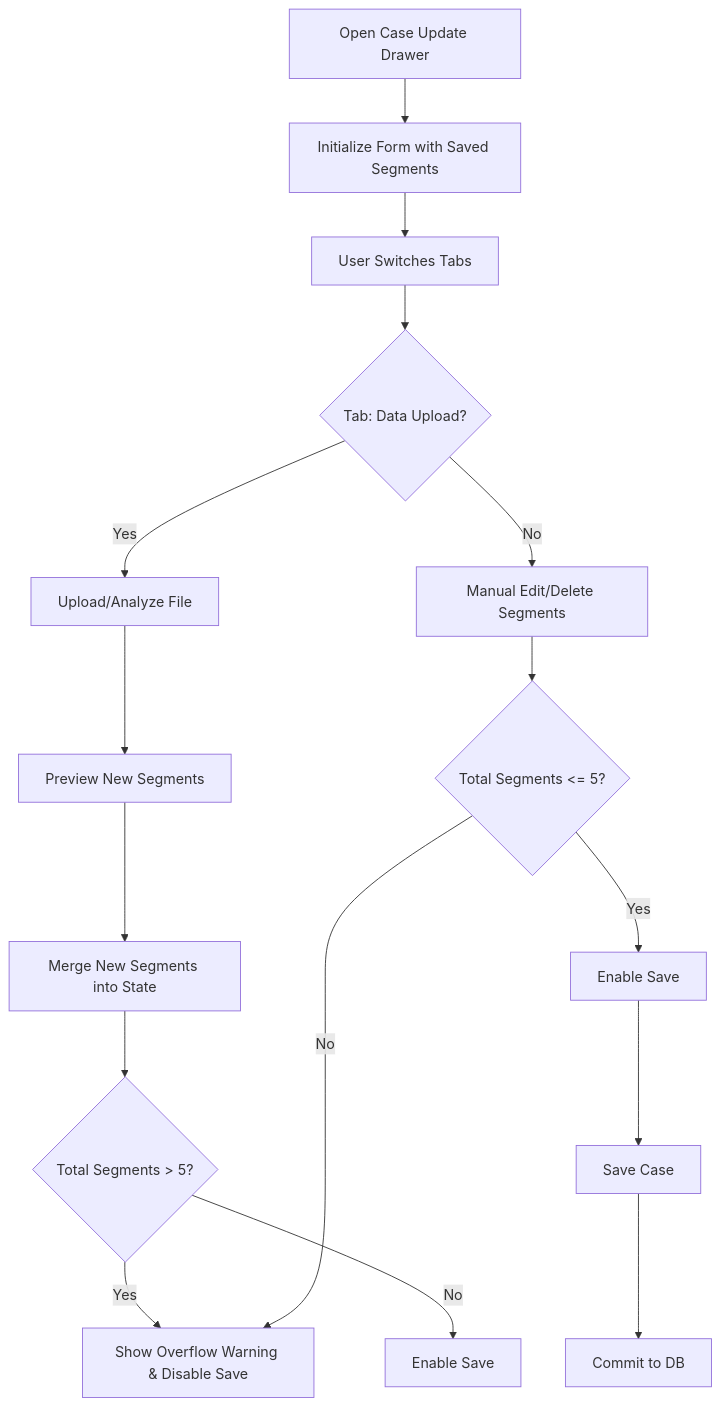
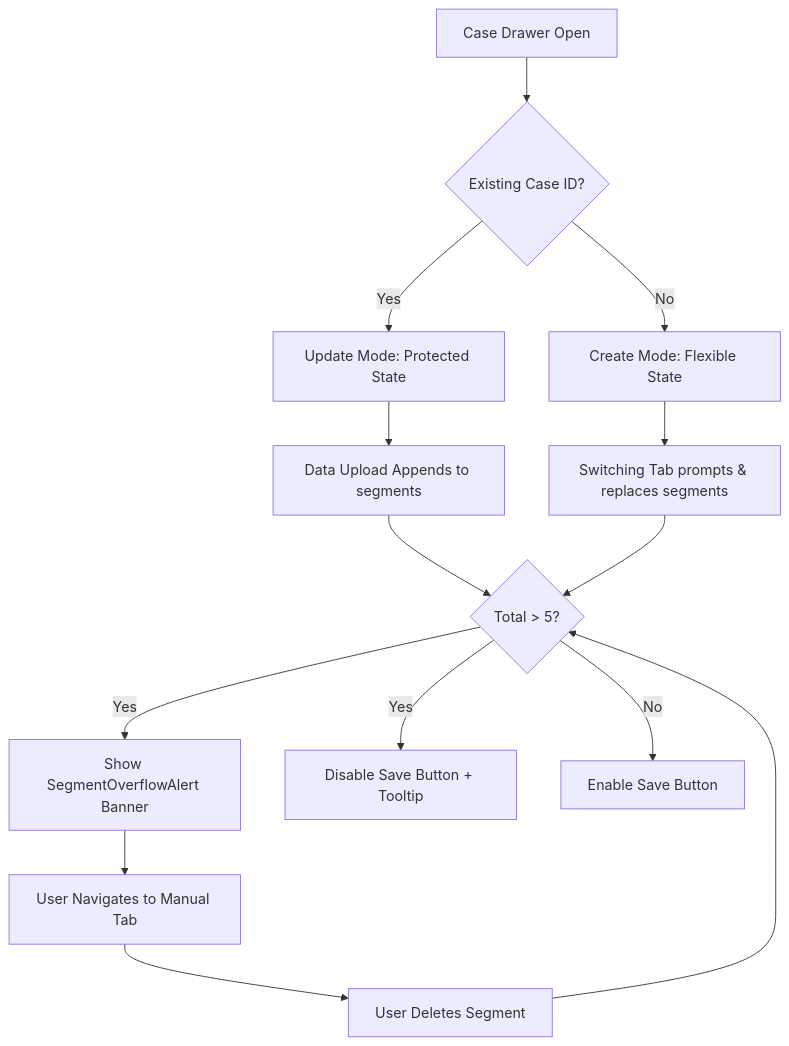
One commit to akvo/IDH-IDC changed the diagram in docs/SEGMENTATION_UPDATE_BEHAVIOR.md. Above: the diagram before and after it, drawn with Mermaid. The commit also changed other lines of this file and 2 other files, not shown here.

````diff
--- a/docs/SEGMENTATION_UPDATE_BEHAVIOR.md
+++ b/docs/SEGMENTATION_UPDATE_BEHAVIOR.md
@@ -26,18 +27,20 @@
 ```mermaid
 graph TD
-    A[Open Case Update Drawer] --> B[Initialize Form with Saved Segments]
-    B --> C[User Switches Tabs]
-    C --> D{Tab: Data Upload?}
-    D -->|Yes| E[Upload/Analyze File]
-    E --> F[Preview New Segments]
-    F --> G[Merge New Segments into State]
-    G --> H{Total Segments > 5?}
-    H -->|Yes| I[Show Overflow Warning & Disable Save]
-    H -->|No| J[Enable Save]
-    D -->|No| K[Manual Edit/Delete Segments]
-    K --> L{Total Segments <= 5?}
-    L -->|Yes| M[Enable Save]
-    L -->|No| I
-    M --> N[Save Case]
-    N --> O[Commit to DB]
+    A[Case Drawer Open] --> B{Existing Case ID?}
+    B -->|Yes| C[Update Mode: Protected State]
+    B -->|No| D[Create Mode: Flexible State]
+
+    C --> E[Data Upload Appends to segments]
+    D --> E2[Switching Tab prompts & replaces segments]
+
+    E --> F{Total > 5?}
+    E2 --> F
+
+    F -->|Yes| G[Show SegmentOverflowAlert Banner]
+    F -->|Yes| H[Disable Save Button + Tooltip]
+    F -->|No| I[Enable Save Button]
+
+    G --> J[User Navigates to Manual Tab]
+    J --> K[User Deletes Segment]
+    K --> F
 ```
````
